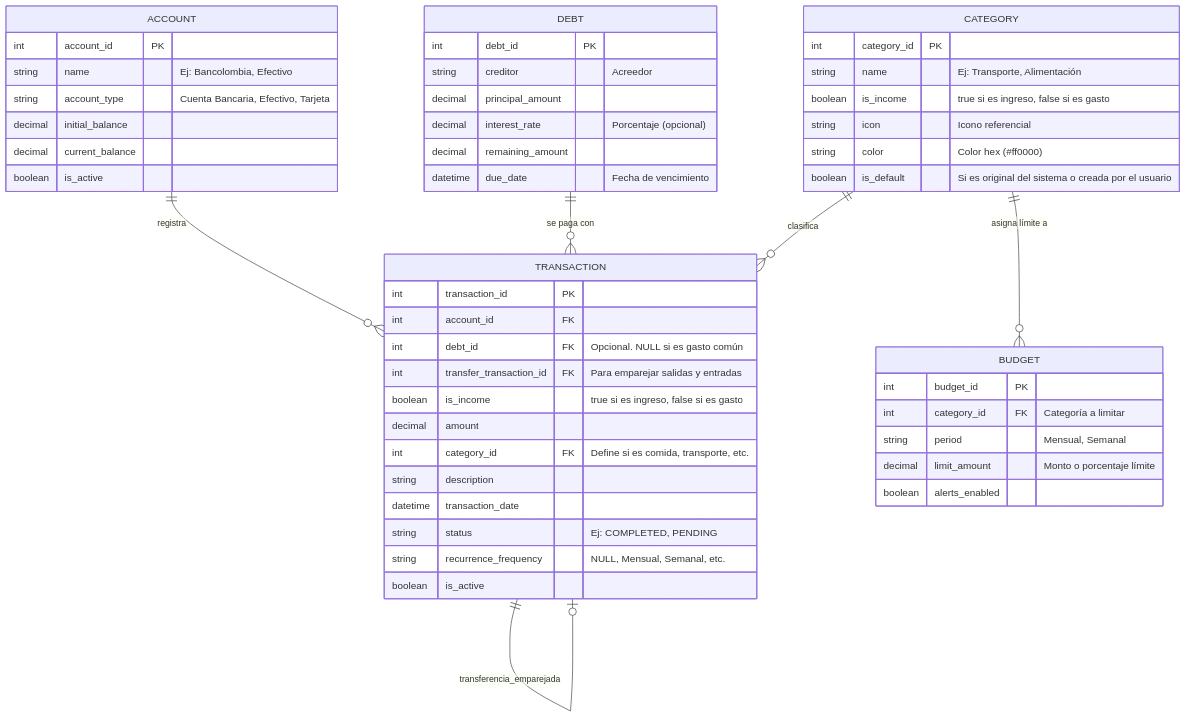
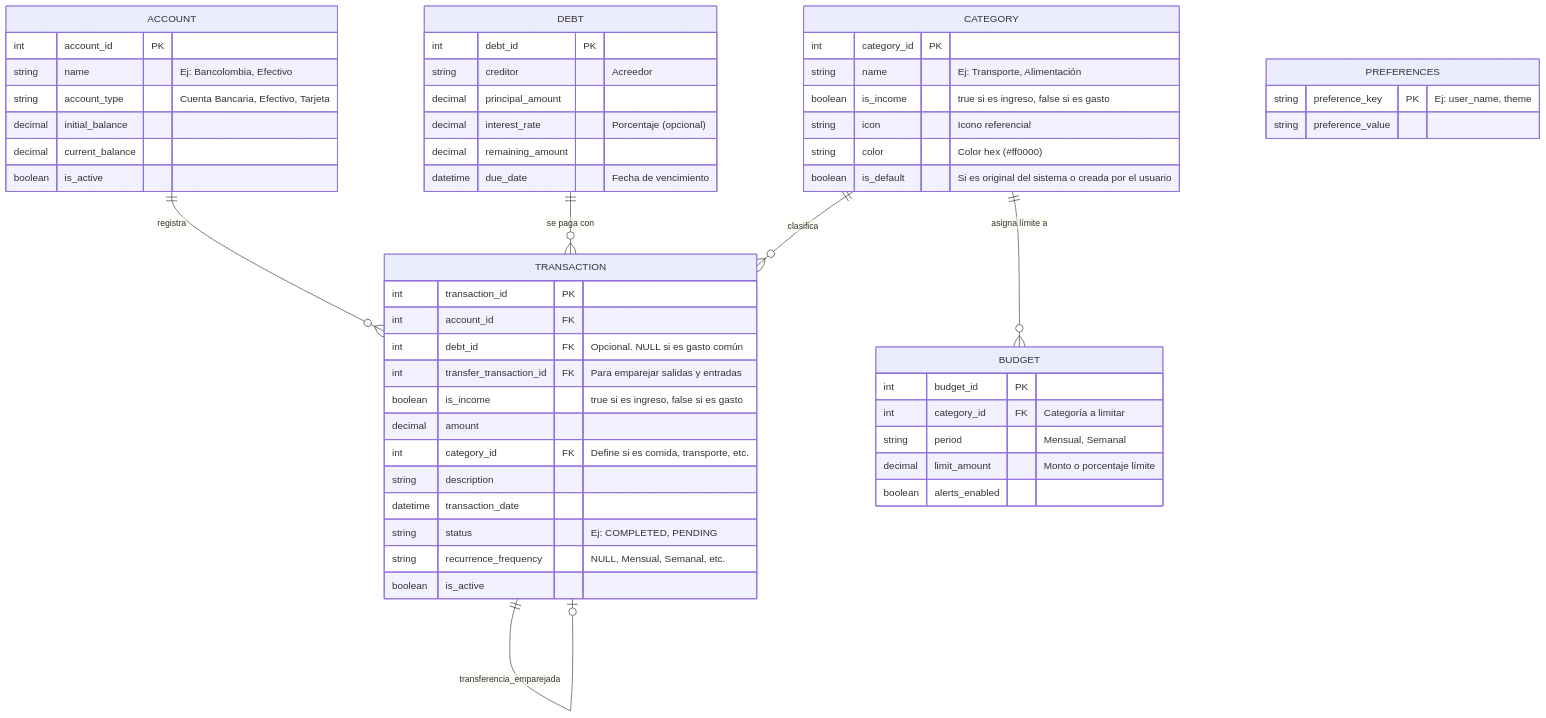
Before and after one commit to RADESH626/seedCoin: the diagram in documentacion/diagramas/modelo_er.md, drawn with Mermaid. The commit also changed 21 other files, not shown here.

````diff
--- a/documentacion/diagramas/modelo_er.md
+++ b/documentacion/diagramas/modelo_er.md
@@ -3,59 +3,64 @@
 ```mermaid
 erDiagram
     ACCOUNT ||--o{ TRANSACTION : "registra"
     DEBT ||--o{ TRANSACTION : "se paga con"
     CATEGORY ||--o{ TRANSACTION : "clasifica"
     CATEGORY ||--o{ BUDGET : "asigna límite a"
     TRANSACTION ||--o| TRANSACTION : "transferencia_emparejada"
 
     ACCOUNT {
         int account_id PK
         string name "Ej: Bancolombia, Efectivo"
         string account_type "Cuenta Bancaria, Efectivo, Tarjeta"
         decimal initial_balance
         decimal current_balance
         boolean is_active
     }
 
     TRANSACTION {
         int transaction_id PK
         int account_id FK
         int debt_id FK "Opcional. NULL si es gasto común"
         int transfer_transaction_id FK "Para emparejar salidas y entradas"
         boolean is_income "true si es ingreso, false si es gasto"
         decimal amount
         int category_id FK "Define si es comida, transporte, etc."
         string description
         datetime transaction_date
         string status "Ej: COMPLETED, PENDING"
         string recurrence_frequency "NULL, Mensual, Semanal, etc."
         boolean is_active
     }
 
 
     CATEGORY {
         int category_id PK
         string name "Ej: Transporte, Alimentación"
         boolean is_income "true si es ingreso, false si es gasto"
         string icon "Icono referencial"
         string color "Color hex (#ff0000)"
         boolean is_default "Si es original del sistema o creada por el usuario"
     }
 
     BUDGET {
         int budget_id PK
         int category_id FK "Categoría a limitar"
         string period "Mensual, Semanal"
         decimal limit_amount "Monto o porcentaje límite"
         boolean alerts_enabled
     }
 
     DEBT {
         int debt_id PK
         string creditor "Acreedor"
         decimal principal_amount
         decimal interest_rate "Porcentaje (opcional)"
         decimal remaining_amount
         datetime due_date "Fecha de vencimiento"
     }
+
+    PREFERENCES {
+        string preference_key PK "Ej: user_name, theme"
+        string preference_value
+    }
 ```
````
